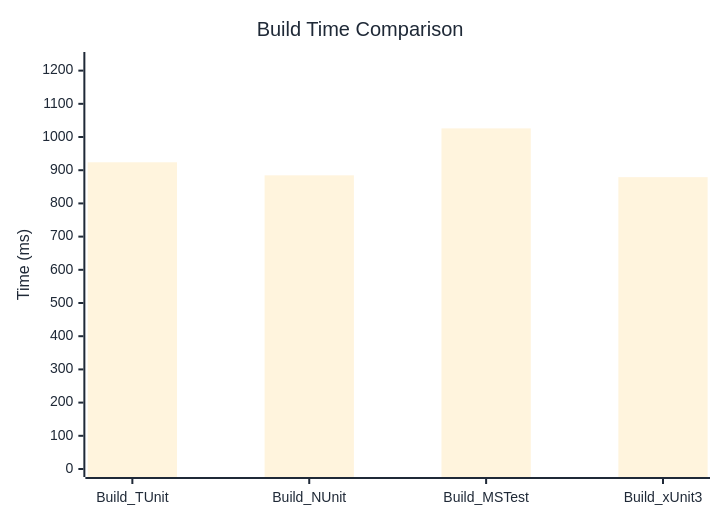
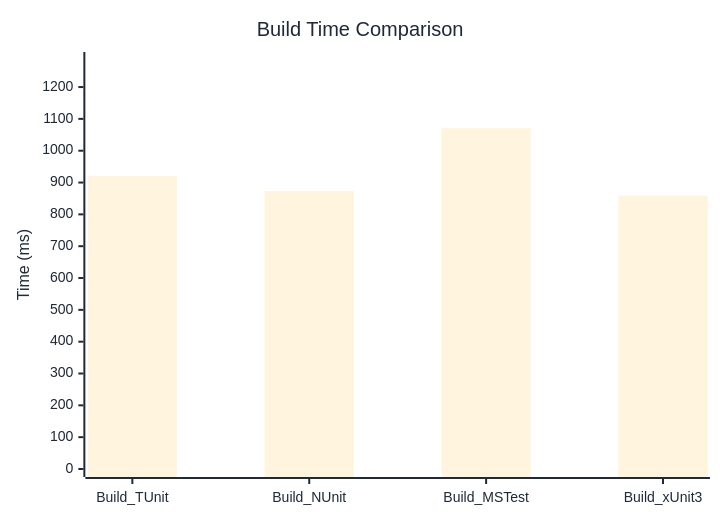
The diagram in docs/docs/benchmarks/engine/BuildTime.md (thomhurst/TUnit), drawn with Mermaid before and after one commit. The commit also changed other lines of this file and 18 other files, not shown here.

````diff
--- a/docs/docs/benchmarks/engine/BuildTime.md
+++ b/docs/docs/benchmarks/engine/BuildTime.md
@@ -30,37 +30,37 @@
 ```mermaid
 %%{init: {
   'theme':'base',
   'themeVariables': {
     'primaryColor': '#2563eb',
     'primaryTextColor': '#1f2937',
     'primaryBorderColor': '#1e40af',
     'lineColor': '#6b7280',
     'secondaryColor': '#7c3aed',
     'tertiaryColor': '#dc2626',
     'background': '#ffffff',
     'mainBkg': '#2563eb',
     'secondBkg': '#7c3aed',
     'tertiaryBkg': '#dc2626',
     'clusterBkg': '#f3f4f6',
     'edgeLabelBackground': '#ffffff',
     'tertiaryTextColor': '#1f2937',
     'pie1': '#2563eb',
     'pie2': '#7c3aed',
     'pie3': '#dc2626',
     'pie4': '#f59e0b',
     'pie5': '#10b981',
     'pie6': '#06b6d4',
     'pie7': '#ec4899',
     'pie8': '#6366f1',
     'pie9': '#84cc16',
     'pie10': '#f97316',
     'pie11': '#14b8a6',
     'pie12': '#a855f7'
   }
 }}%%
 xychart-beta
   title "Build Time Comparison"
   x-axis ["Build_TUnit", "Build_NUnit", "Build_MSTest", "Build_xUnit3"]
-  y-axis "Time (ms)" 0 --> 1232
-  bar [923.9, 884.6, 1026, 879.1]
+  y-axis "Time (ms)" 0 --> 1285
+  bar [920.2, 873.2, 1070.8, 858.9]
 ```
````
